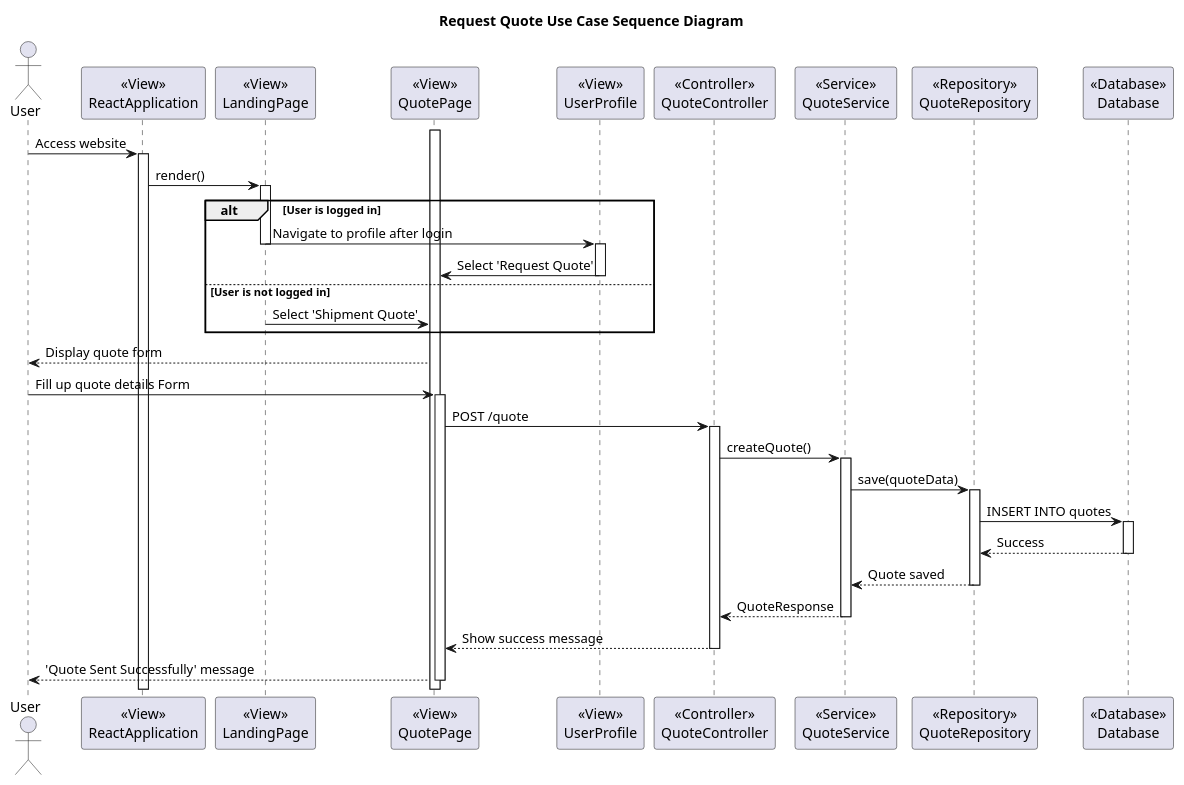
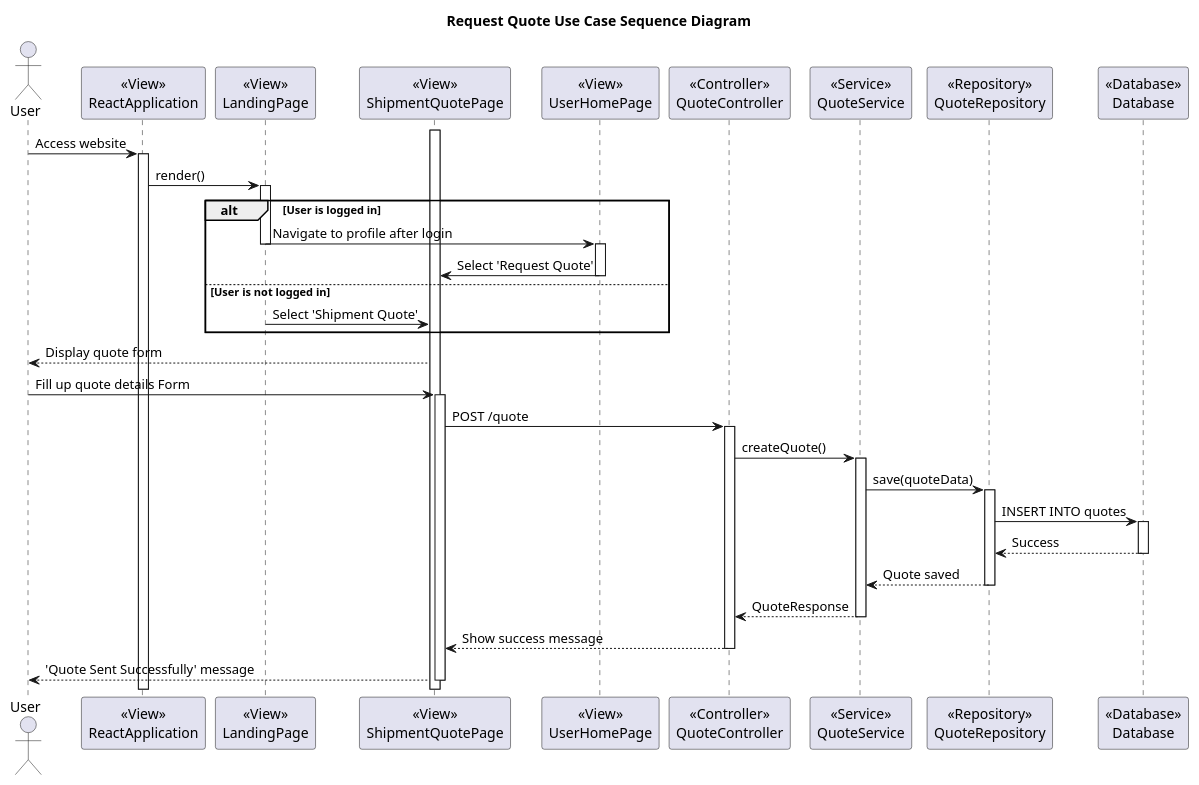
One commit to nic5694/MovingExpress changed the diagram in Diagrams/Sprints/Sprint_1-Request_Quote/Design-lvl-SSD.puml. Above: the diagram before and after it, drawn with PlantUML.

Commit message:
name changes

```diff
--- a/Diagrams/Sprints/Sprint_1-Request_Quote/Design-lvl-SSD.puml
+++ b/Diagrams/Sprints/Sprint_1-Request_Quote/Design-lvl-SSD.puml
@@ -1,63 +1,63 @@
 @startuml
 title Request Quote Use Case Sequence Diagram
 
 actor User
 
 participant ReactApplication as "<<View>>\nReactApplication"
 participant LandingPage as "<<View>>\nLandingPage"
-participant QuotePage as "<<View>>\nQuotePage"
-participant UserProfile as "<<View>>\nUserProfile"
+participant ShipmentQuotePage as "<<View>>\nShipmentQuotePage"
+participant UserHomePage as "<<View>>\nUserHomePage"
 participant QuoteController as "<<Controller>>\nQuoteController"
 participant QuoteService as "<<Service>>\nQuoteService"
 participant QuoteRepository as "<<Repository>>\nQuoteRepository"
 participant Database as "<<Database>>\nDatabase"
 
 User -> ReactApplication : Access website
 activate ReactApplication
 
 ReactApplication -> LandingPage : render()
 activate LandingPage
 
 alt User is logged in
-    LandingPage -> UserProfile : Navigate to profile after login
+    LandingPage -> UserHomePage : Navigate to profile after login
     deactivate LandingPage
-    activate UserProfile
-    UserProfile -> QuotePage : Select 'Request Quote'
-    deactivate UserProfile
+    activate UserHomePage
+    UserHomePage -> ShipmentQuotePage : Select 'Request Quote'
+    deactivate UserHomePage
 else User is not logged in
-    LandingPage -> QuotePage : Select 'Shipment Quote'
+    LandingPage -> ShipmentQuotePage : Select 'Shipment Quote'
     deactivate LandingPage
 end
-activate QuotePage
+activate ShipmentQuotePage
 
-QuotePage --> User : Display quote form
-User -> QuotePage : Fill up quote details Form
-activate QuotePage
+ShipmentQuotePage --> User : Display quote form
+User -> ShipmentQuotePage : Fill up quote details Form
+activate ShipmentQuotePage
 
-QuotePage -> QuoteController : POST /quote
+ShipmentQuotePage -> QuoteController : POST /quote
 activate QuoteController
 
 QuoteController -> QuoteService : createQuote()
 activate QuoteService
 
 QuoteService -> QuoteRepository : save(quoteData)
 activate QuoteRepository
 
 QuoteRepository -> Database : INSERT INTO quotes
 activate Database
 Database --> QuoteRepository : Success
 deactivate Database
 
 QuoteRepository --> QuoteService : Quote saved
 deactivate QuoteRepository
 
 QuoteService --> QuoteController : QuoteResponse
 deactivate QuoteService
 
-QuoteController --> QuotePage : Show success message
+QuoteController --> ShipmentQuotePage : Show success message
 deactivate QuoteController
 
-QuotePage --> User : 'Quote Sent Successfully' message
-deactivate QuotePage
+ShipmentQuotePage --> User : 'Quote Sent Successfully' message
+deactivate ShipmentQuotePage
 
 @enduml
```
